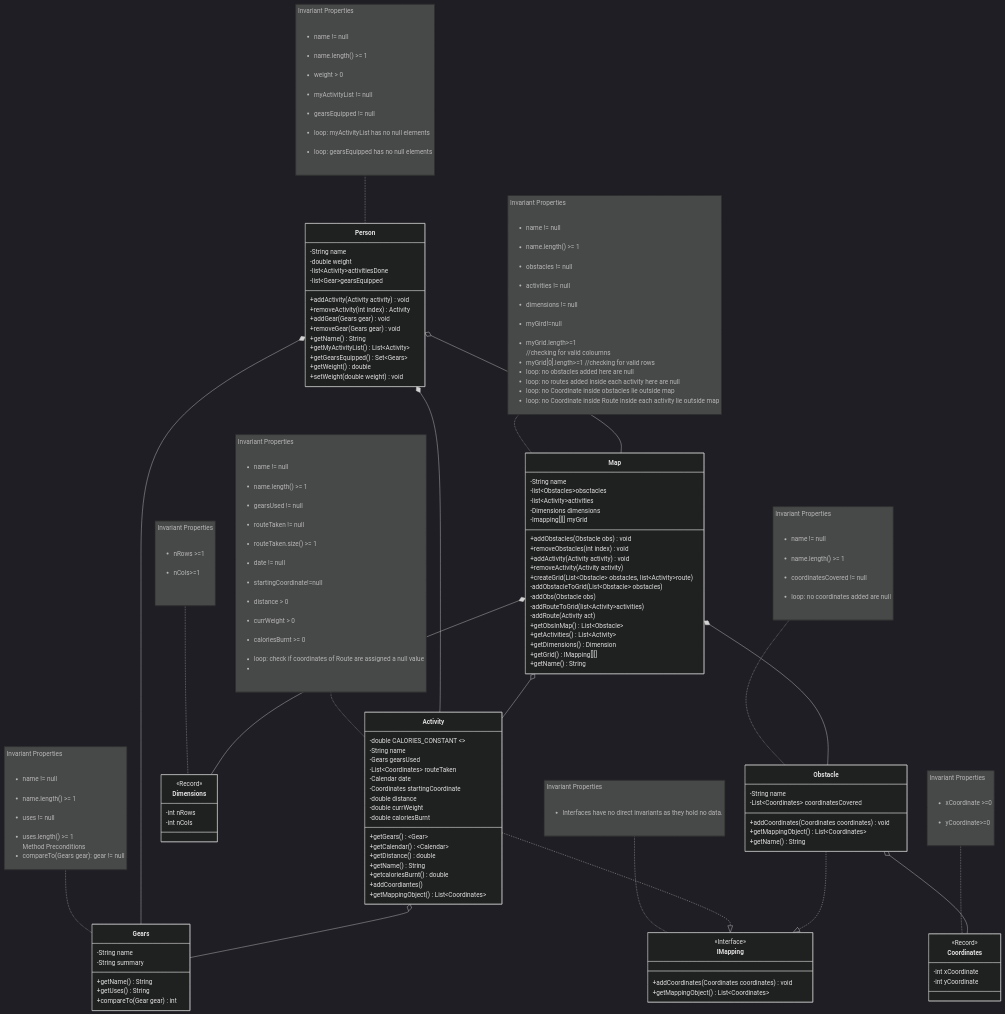
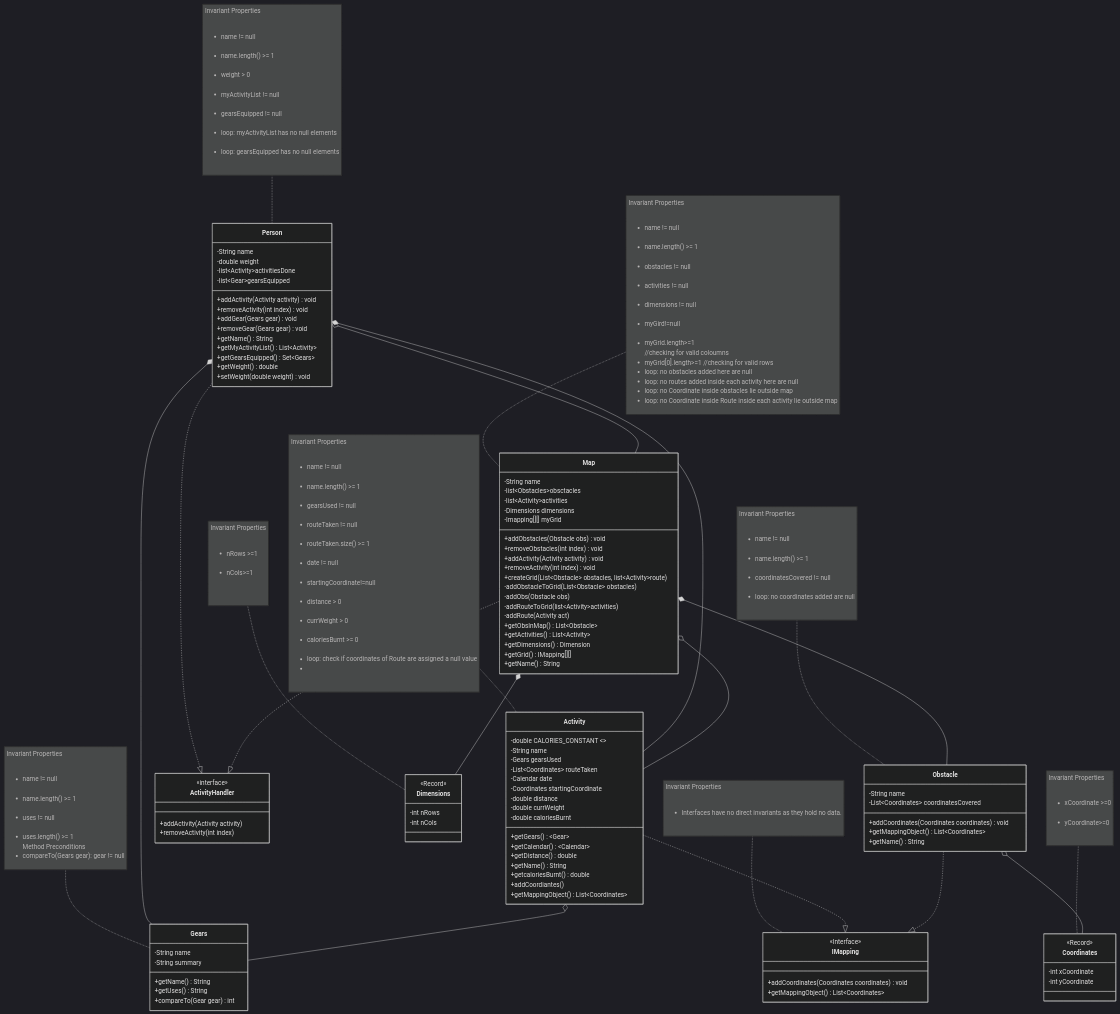
The diagram in README.md (umangmehta0007/Excercise_Tracker), drawn with Mermaid (dark theme) before and after one commit. The commit also changed 3 other files, not shown here.

First line of the commit message:
Added interface for the ActivityTracker, as Activities were used both by my map and the person.

````diff
--- a/README.md
+++ b/README.md
@@ -78,7 +78,7 @@
         -list~Gear~gearsEquipped
 
         +addActivity(Activity activity) void
-        +removeActivity(int index) Activity
+        +removeActivity(int index) void
 
         +addGear(Gears gear) void
         +removeGear(Gears gear) void
@@ -153,7 +153,7 @@
         +addObstacles(Obstacle obs) void
         +removeObstacles(int index) void
         +addActivity(Activity activity) void
-        +removeActivity(Activity activity)
+        +removeActivity(int index) void
 
         +createGrid(List~Obstacle~ obstacles, list~Activity~route )
         -addObstacleToGrid(List~Obstacle~ obstacles)
@@ -228,8 +228,12 @@
             +addCoordinates(Coordinates coordinates) void
             +getMappingObject() List~Coordinates~
     }
- 
- 
+
+    class ActivityHandler {
+        <<interface>>
+        +addActivity(Activity activity)
+        +removeActivity(int index)
+    }
     note for Dimensions"Invariant Properties
             <ul>
             <li> nRows >=1 </li>
@@ -242,9 +246,6 @@
             -int nRows
             -int nCols
     }
-
-
-
     Person *-- Gears
     Person *-- Activity
     Person o-- Map
@@ -259,4 +260,6 @@
 
     Activity ..|> IMapping
     Obstacle ..|> IMapping
+    Person ..|> ActivityHandler
+    Map ..|> ActivityHandler
 ```
````
